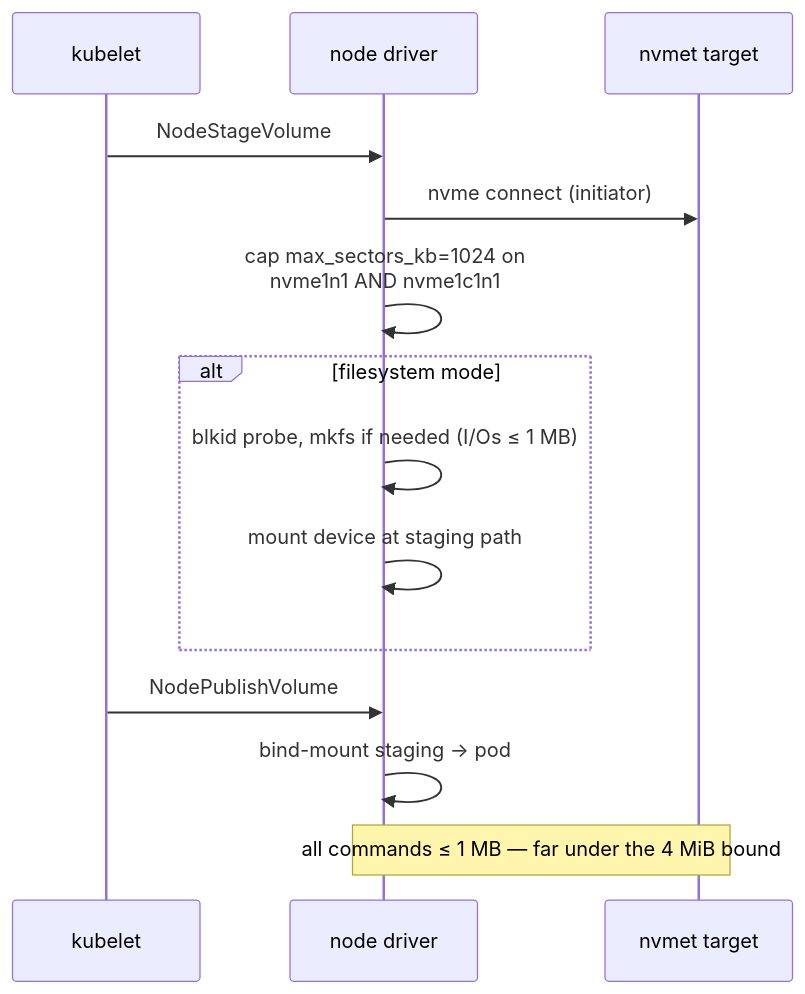
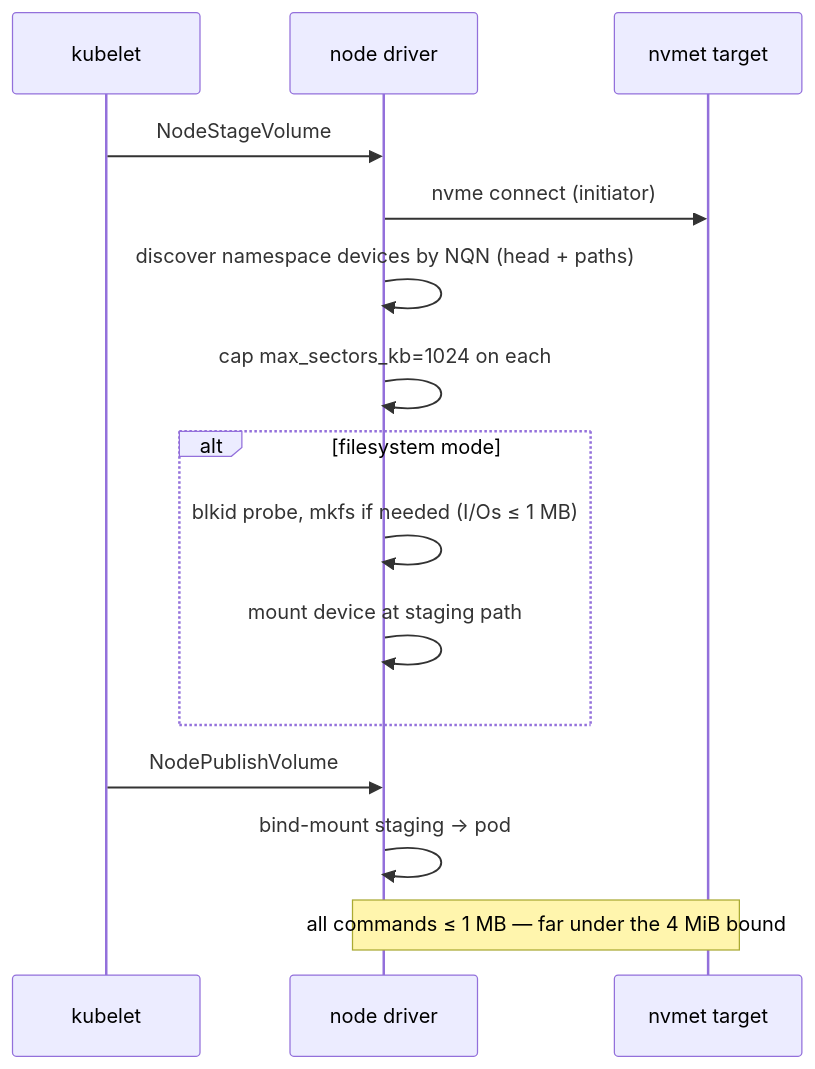
One commit to timpa0130/nvmeof-csi changed the third of 3 diagrams in design/incident-nvmet-tcp-4mib-write-rejection.md. Above: the diagram before and after it, drawn with Mermaid. The commit also changed other lines of this file, not shown here.

````diff
--- a/design/incident-nvmet-tcp-4mib-write-rejection.md
+++ b/design/incident-nvmet-tcp-4mib-write-rejection.md
@@ -127,16 +153,17 @@
 ```mermaid
 sequenceDiagram
     participant K as kubelet
     participant D as node driver
     participant T as nvmet target
     K->>D: NodeStageVolume
     D->>T: nvme connect (initiator)
-    D->>D: cap max_sectors_kb=1024 on<br/>nvme1n1 AND nvme1c1n1
+    D->>D: discover namespace devices by NQN (head + paths)
+    D->>D: cap max_sectors_kb=1024 on each
     alt filesystem mode
         D->>D: blkid probe, mkfs if needed (I/Os ≤ 1 MB)
         D->>D: mount device at staging path
     end
     K->>D: NodePublishVolume
     D->>D: bind-mount staging → pod
     Note over D,T: all commands ≤ 1 MB — far under the 4 MiB bound
 ```
````
